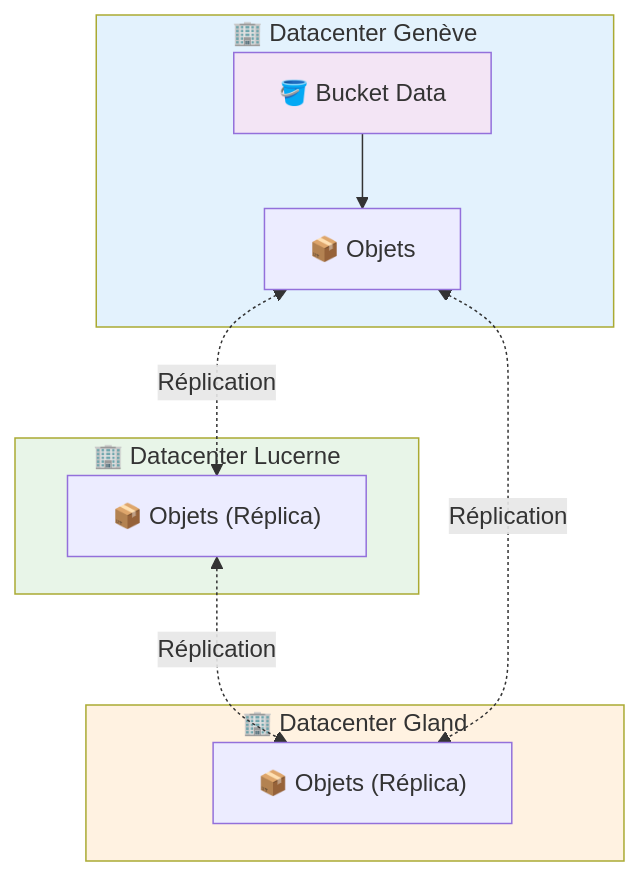
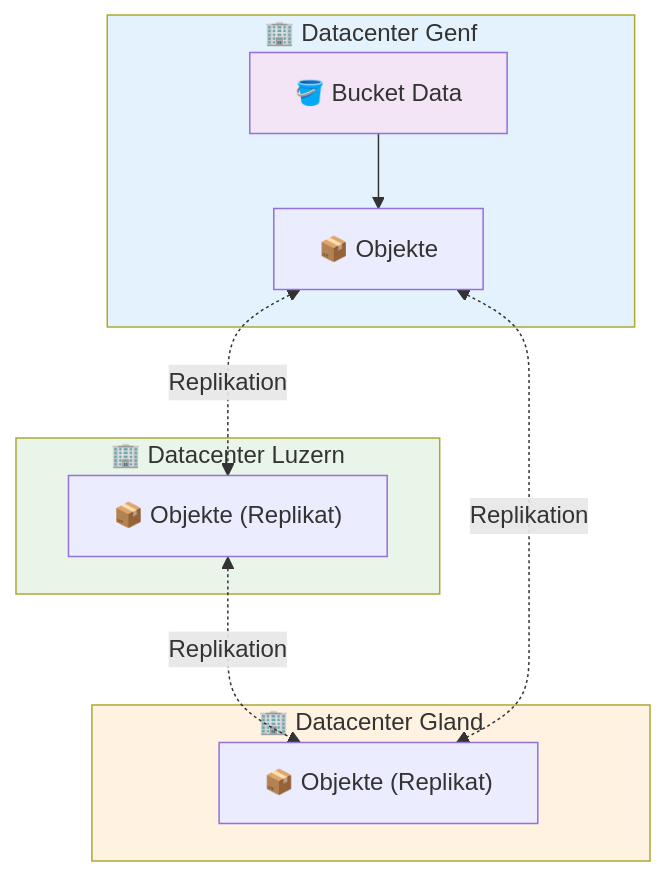
The diagram in i18n/de/docusaurus-plugin-content-docs/current/services/storage/buckets/overview.md (HidoraSwiss/hikube-public-doc), drawn with Mermaid before and after one commit. The commit also changed other lines of this file and 121 other files, not shown here.

````diff
--- a/i18n/de/docusaurus-plugin-content-docs/current/services/storage/buckets/overview.md
+++ b/i18n/de/docusaurus-plugin-content-docs/current/services/storage/buckets/overview.md
@@ -36,25 +36,25 @@
 ```mermaid
 flowchart TD
-    subgraph DC1["🏢 Datacenter Genève"]
+    subgraph DC1["🏢 Datacenter Genf"]
         B1["🪣 Bucket Data"]
-        S1["📦 Objets"]
+        S1["📦 Objekte"]
     end
 
-    subgraph DC2["🏢 Datacenter Lucerne"]
-        S2["📦 Objets (Réplica)"]
+    subgraph DC2["🏢 Datacenter Luzern"]
+        S2["📦 Objekte (Replikat)"]
     end
 
     subgraph DC3["🏢 Datacenter Gland"]
-        S3["📦 Objets (Réplica)"]
+        S3["📦 Objekte (Replikat)"]
     end
 
     B1 --> S1
-    S1 <-.->|"Réplication"| S2
-    S2 <-.->|"Réplication"| S3
-    S1 <-.->|"Réplication"| S3
+    S1 <-.->|"Replikation"| S2
+    S2 <-.->|"Replikation"| S3
+    S1 <-.->|"Replikation"| S3
 
     style DC1 fill:#e3f2fd
     style DC2 fill:#e8f5e8
     style DC3 fill:#fff2e1
     style B1 fill:#f3e5f5
 ```
````
